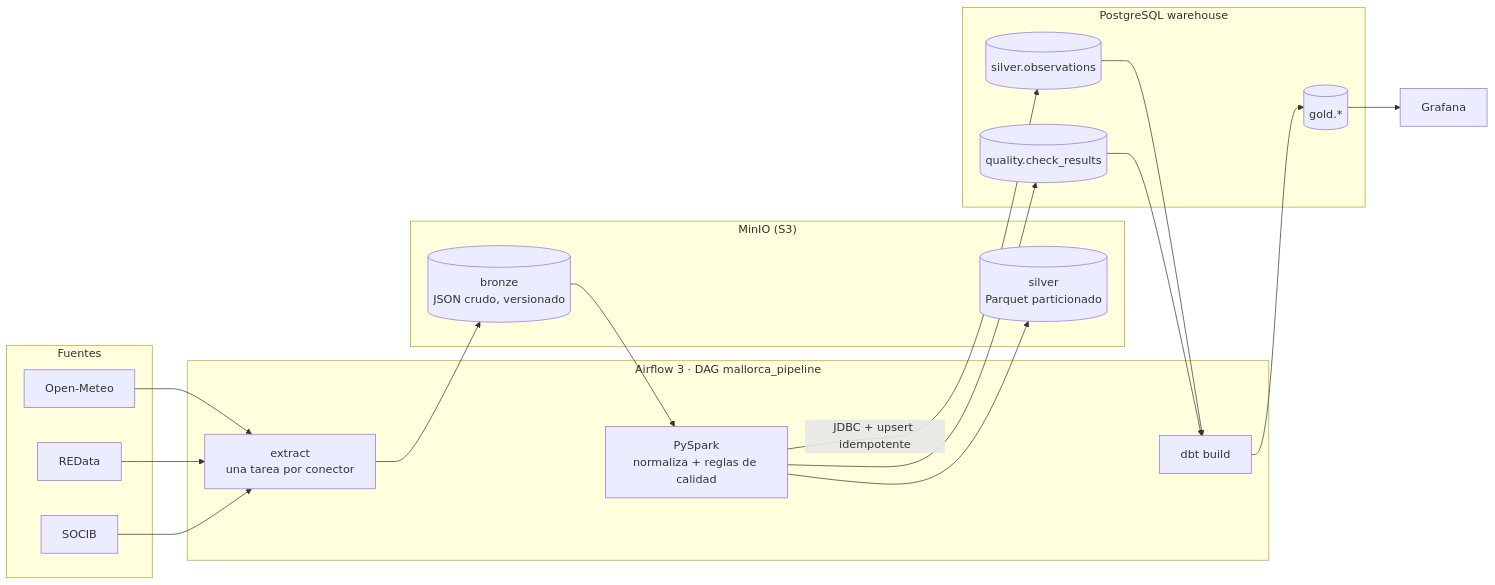
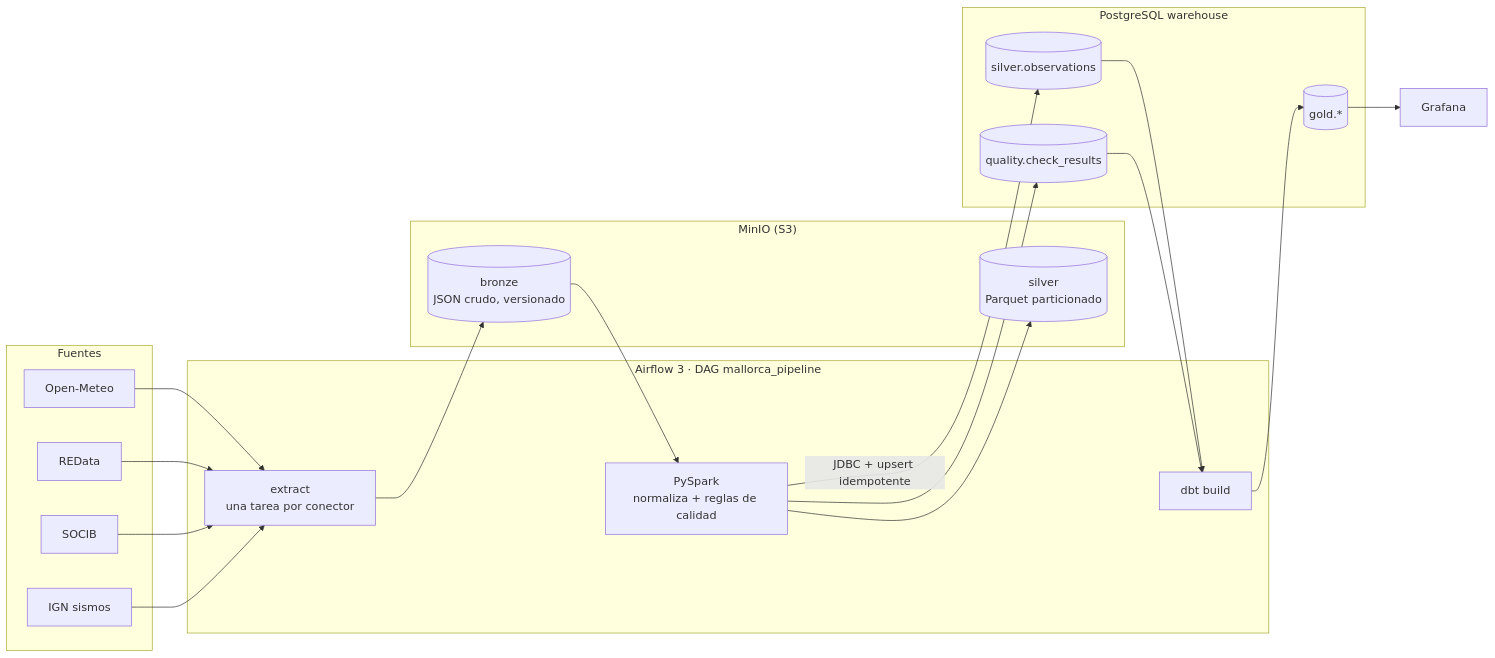
One commit to AlexandreColl/MallorcaDataPlatform changed the diagram in README.md. Above: the diagram before and after it, drawn with Mermaid. The commit also changed other lines of this file and 4 other files, not shown here.

````diff
--- a/README.md
+++ b/README.md
@@ -20,28 +20,29 @@
 ```mermaid
 flowchart LR
     subgraph Fuentes
         OM[Open-Meteo]
         RD[REData]
         SO[SOCIB]
+        IG[IGN sismos]
     end
     subgraph Airflow["Airflow 3 · DAG mallorca_pipeline"]
         EX[extract<br/>una tarea por conector]
         SP[PySpark<br/>normaliza + reglas de calidad]
         DBT[dbt build]
     end
     subgraph MinIO["MinIO (S3)"]
         BR[(bronze<br/>JSON crudo, versionado)]
         SL[(silver<br/>Parquet particionado)]
     end
     subgraph PG[PostgreSQL warehouse]
         SV[(silver.observations)]
         QC[(quality.check_results)]
         GD[(gold.*)]
     end
-    OM & RD & SO --> EX --> BR --> SP
+    OM & RD & SO & IG --> EX --> BR --> SP
     SP --> SL
     SP -->|JDBC + upsert idempotente| SV
     SP --> QC
     SV & QC --> DBT --> GD --> GF[Grafana]
     classDef next stroke-dasharray: 5 5
 ```
````
